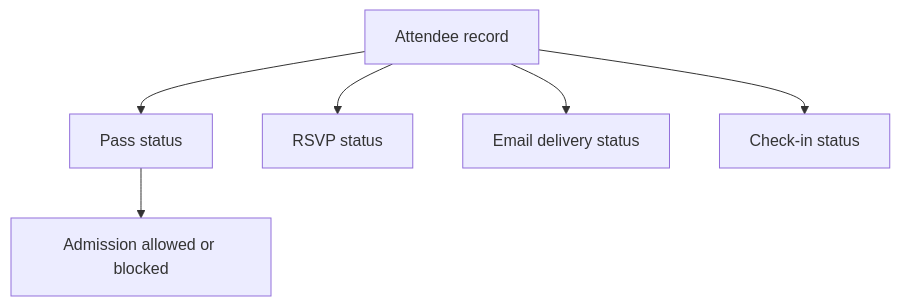
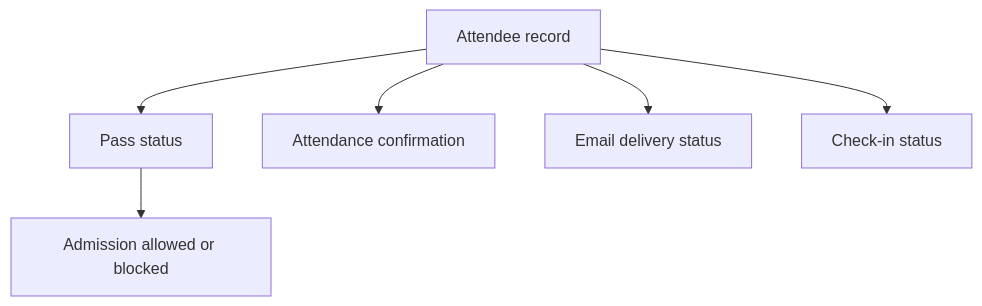
One commit to solarssk/admitto changed the diagram in docs/wiki/Pass-Statuses.md. Above: the diagram before and after it, drawn with Mermaid. The commit also changed other lines of this file and 6 other files, not shown here.

````diff
--- a/docs/wiki/Pass-Statuses.md
+++ b/docs/wiki/Pass-Statuses.md
@@ -10,8 +10,8 @@
 ```mermaid
 flowchart TD
     attendee[Attendee record] --> pass[Pass status]
-    attendee --> rsvp[RSVP status]
+    attendee --> attendance[Attendance confirmation]
     attendee --> delivery[Email delivery status]
     attendee --> checkin[Check-in status]
     pass --> admission[Admission allowed or blocked]
 ```
````
